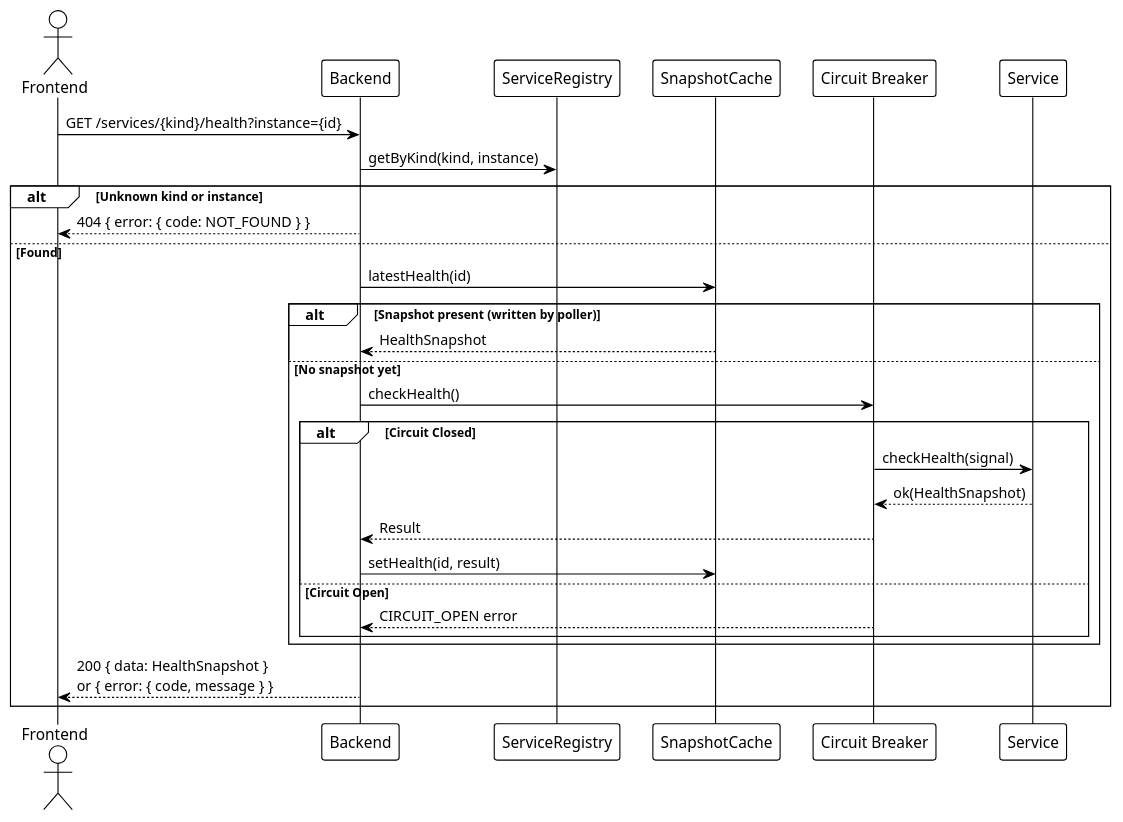
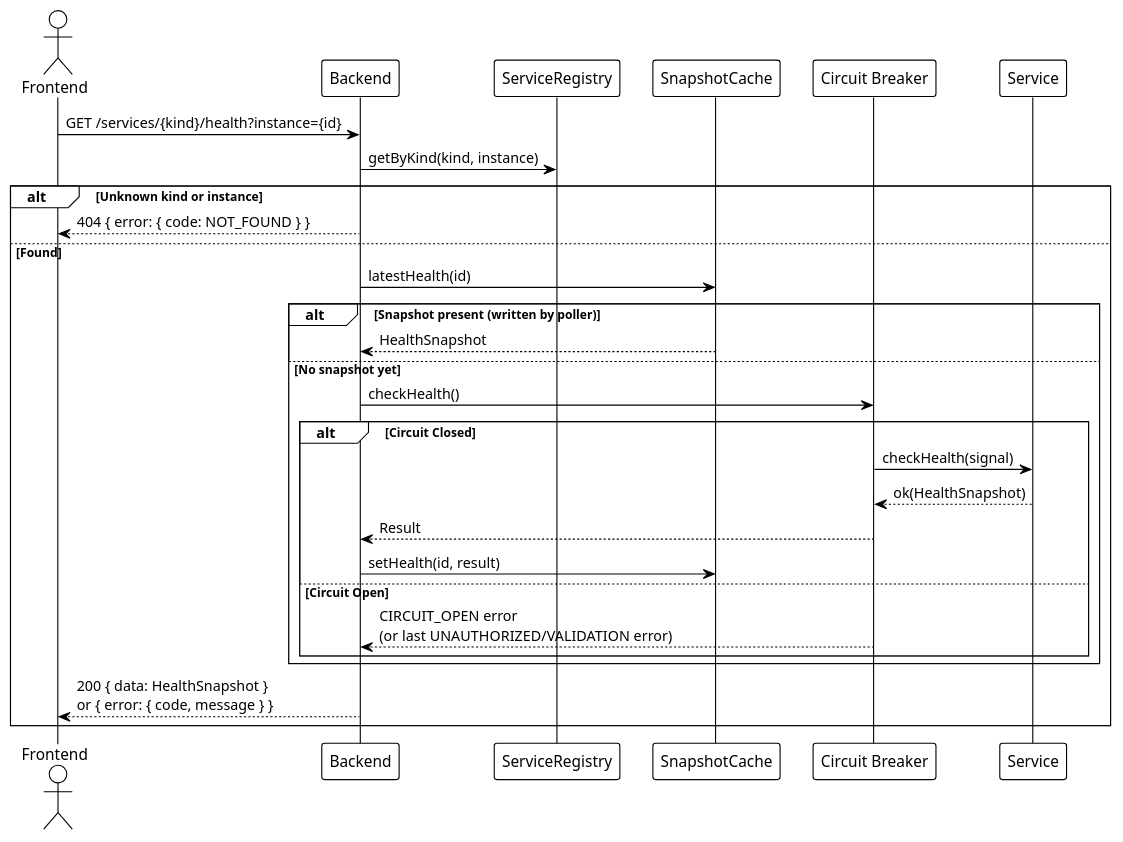
One commit to EraPartner/Watchman changed the first of 3 diagrams in docs/features/service-monitoring.md. Above: the diagram before and after it, drawn with PlantUML. The commit also changed other lines of this file and 78 other files, not shown here.

First line of the commit message:
fix: end-to-end service flow bug pass (add → poll → display) (#148)

````diff
--- a/docs/features/service-monitoring.md
+++ b/docs/features/service-monitoring.md
@@ -162,34 +172,34 @@
 ```plantuml
 @startuml
 !theme plain
 
 actor "Frontend" as FE
 participant "Backend" as BE
 participant "ServiceRegistry" as Reg
 participant "SnapshotCache" as Cache
 participant "Circuit Breaker" as CB
 participant "Service" as Svc
 
 FE -> BE : GET /services/{kind}/health?instance={id}
 BE -> Reg : getByKind(kind, instance)
 alt Unknown kind or instance
     BE --> FE : 404 { error: { code: NOT_FOUND } }
 else Found
     BE -> Cache : latestHealth(id)
     alt Snapshot present (written by poller)
         Cache --> BE : HealthSnapshot
     else No snapshot yet
         BE -> CB : checkHealth()
         alt Circuit Closed
             CB -> Svc : checkHealth(signal)
             Svc --> CB : ok(HealthSnapshot)
             CB --> BE : Result
             BE -> Cache : setHealth(id, result)
         else Circuit Open
-            CB --> BE : CIRCUIT_OPEN error
+            CB --> BE : CIRCUIT_OPEN error\n(or last UNAUTHORIZED/VALIDATION error)
         end
     end
     BE --> FE : 200 { data: HealthSnapshot }\nor { error: { code, message } }
 end
 @enduml
 ```
````
